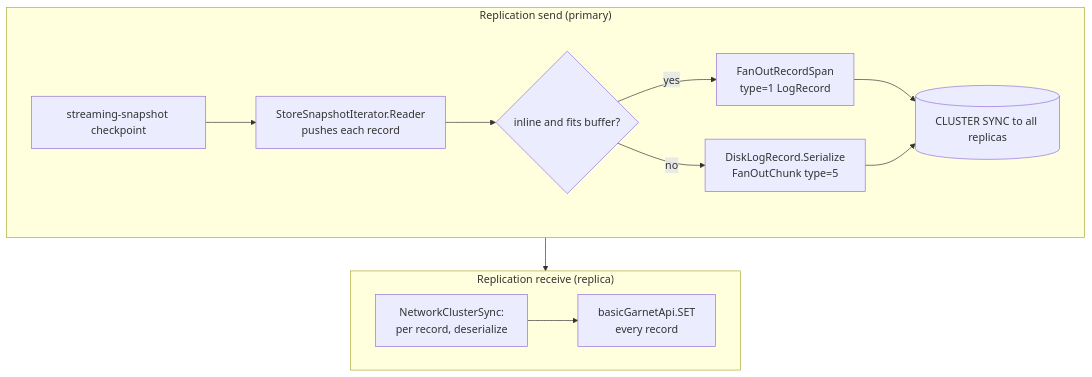
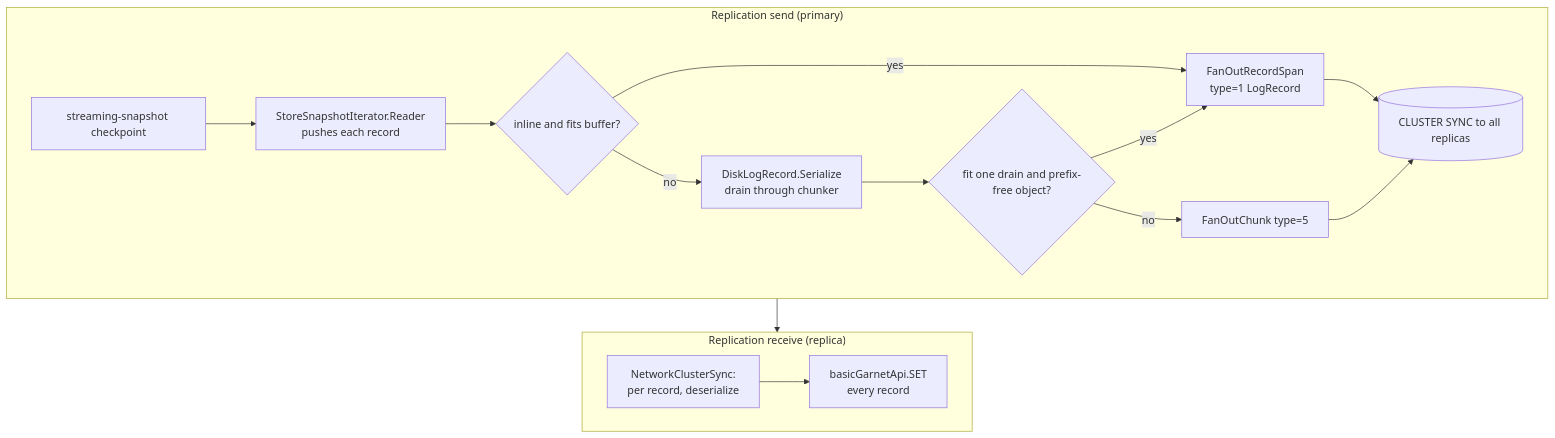
One commit to microsoft/garnet changed the second of 3 diagrams in website/docs/dev/migration-replication-record-layout.md. Above: the diagram before and after it, drawn with Mermaid. The commit also changed other lines of this file and 16 other files, not shown here.

````diff
--- a/website/docs/dev/migration-replication-record-layout.md
+++ b/website/docs/dev/migration-replication-record-layout.md
@@ -225,17 +259,20 @@
 ```mermaid
 flowchart TB
   subgraph RSend["Replication send (primary)"]
     direction LR
     RA[streaming-snapshot checkpoint] --> RB[StoreSnapshotIterator.Reader<br/>pushes each record]
     RB --> RC{"inline and fits buffer?"}
     RC -->|yes| RD[FanOutRecordSpan<br/>type=1 LogRecord]
-    RC -->|no| RE[DiskLogRecord.Serialize<br/>FanOutChunk type=5]
+    RC -->|no| RE[DiskLogRecord.Serialize<br/>drain through chunker]
+    RE --> RG2{"fit one drain and prefix-free object?"}
+    RG2 -->|yes| RD
+    RG2 -->|no| REchunk[FanOutChunk type=5]
     RD --> RF[(CLUSTER SYNC to all replicas)]
-    RE --> RF
+    REchunk --> RF
   end
   subgraph RRecv["Replication receive (replica)"]
     direction LR
     RG[NetworkClusterSync:<br/>per record, deserialize] --> RH[basicGarnetApi.SET<br/>every record]
   end
   RF --> RG
 ```
````
